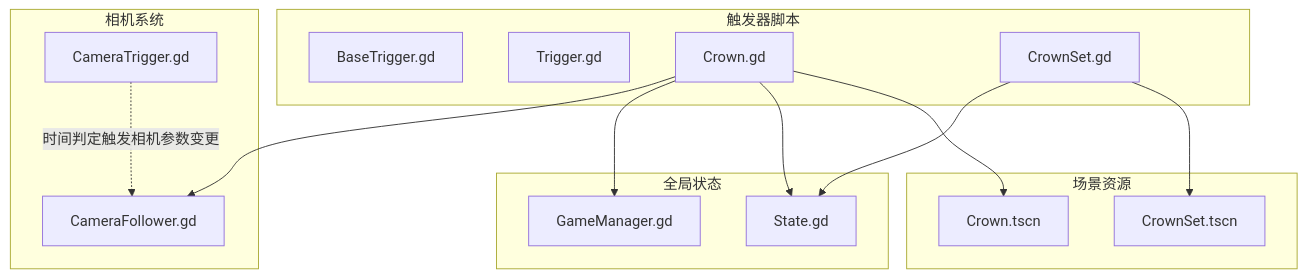
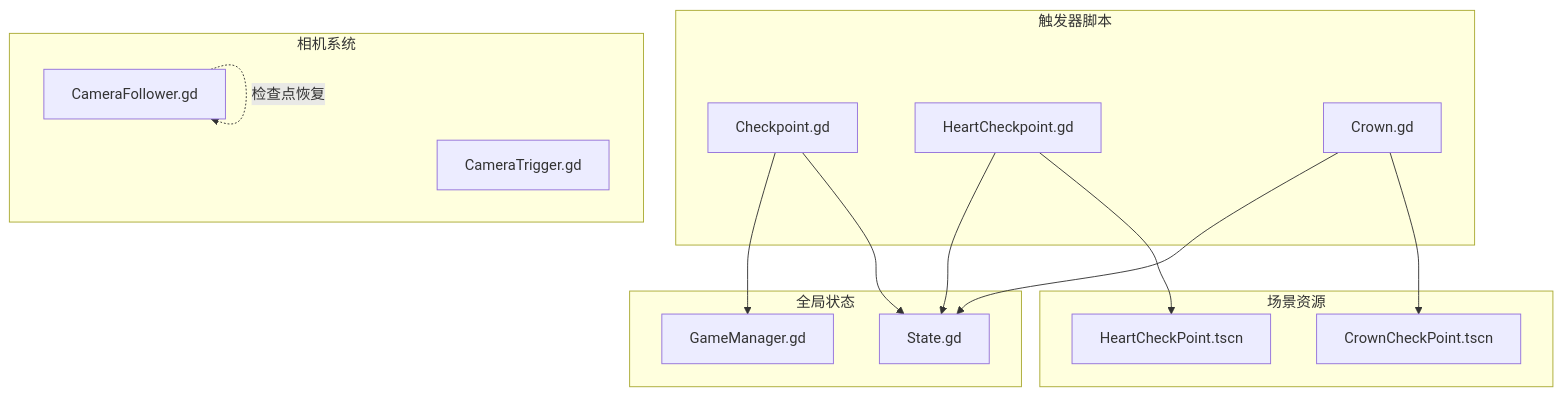
Before and after one commit to godotline/godot-line: the first of 4 diagrams in .qoder/repowiki/zh/content/游戏系统/触发器系统/Crown触发器.md, drawn with Mermaid. The commit also changed other lines of this file and 55 other files, not shown here.

````diff
--- a/.qoder/repowiki/zh/content/游戏系统/触发器系统/Crown触发器.md
+++ b/.qoder/repowiki/zh/content/游戏系统/触发器系统/Crown触发器.md
@@ -56,28 +54,27 @@
 ```mermaid
 graph TB
 subgraph "触发器脚本"
-BT["BaseTrigger.gd"]
-TR["Trigger.gd"]
-CR["Crown.gd"]
-CRS["CrownSet.gd"]
+CP["Checkpoint.gd"]
+HCP["HeartCheckpoint.gd"]
+CG["Crown.gd"]
 end
 subgraph "全局状态"
 ST["State.gd"]
 GM["GameManager.gd"]
 end
 subgraph "场景资源"
-SCN1["Crown.tscn"]
-SCN2["CrownSet.tscn"]
+SCN1["HeartCheckPoint.tscn"]
+SCN2["CrownCheckPoint.tscn"]
 end
 subgraph "相机系统"
 CF["CameraFollower.gd"]
 CT["CameraTrigger.gd"]
 end
-CR --> SCN1
-CRS --> SCN2
-CR --> ST
-CRS --> ST
-CR --> GM
-CR --> CF
-CT -. 时间判定触发相机参数变更 .-> CF
+HCP --> SCN1
+CG --> SCN2
+CP --> ST
+HCP --> ST
+CG --> ST
+CP --> GM
+CF -. 检查点恢复 .-> CF
 ```
````
